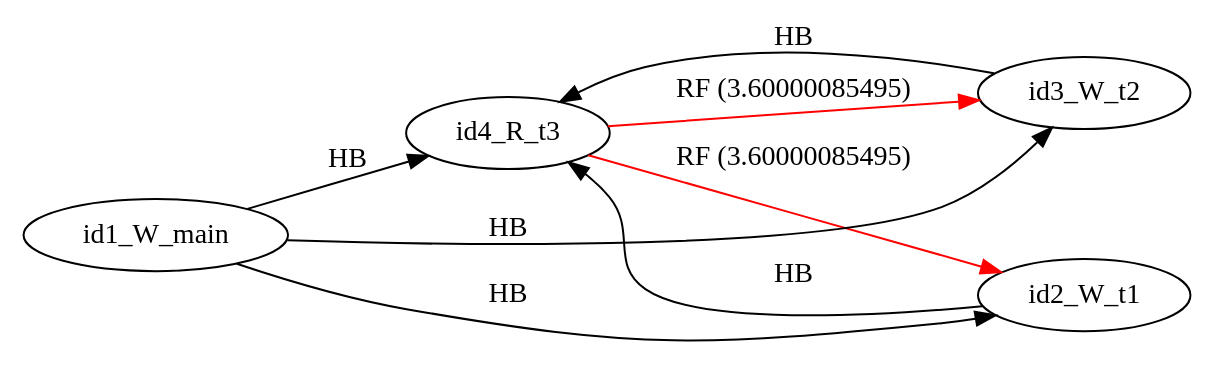
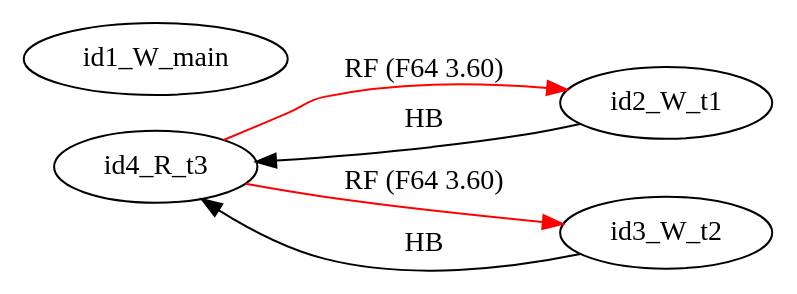
One commit to FMJS/EMME changed the diagram in examples/single_var/sv_simple09/mm4.dot. Above: the diagram before and after it, drawn with Graphviz. The commit also changed 241 other files, not shown here.

```diff
--- a/examples/single_var/sv_simple09/mm4.dot
+++ b/examples/single_var/sv_simple09/mm4.dot
@@ -1,15 +1,12 @@
 digraph memory_model {
 rankdir=LR;
 splines=true; esep=0.5;
-id4_R_t3 -> id2_W_t1 [label = "RF (3.60000085495)", color="red"];
-id4_R_t3 -> id3_W_t2 [label = "RF (3.60000085495)", color="red"];
-id1_W_main -> id2_W_t1 [label = "HB", color="black"];
-id1_W_main -> id3_W_t2 [label = "HB", color="black"];
-id1_W_main -> id4_R_t3 [label = "HB", color="black"];
+id4_R_t3 -> id2_W_t1 [label = "RF (F64 3.60)", color="red"];
+id4_R_t3 -> id3_W_t2 [label = "RF (F64 3.60)", color="red"];
 id2_W_t1 -> id4_R_t3 [label = "HB", color="black"];
 id3_W_t2 -> id4_R_t3 [label = "HB", color="black"];
 id1_W_main [pos="5.0,2!"]
 id2_W_t1 [pos="0,0!"]
 id3_W_t2 [pos="5,0!"]
 id4_R_t3 [pos="10,0!"]
 }
```
